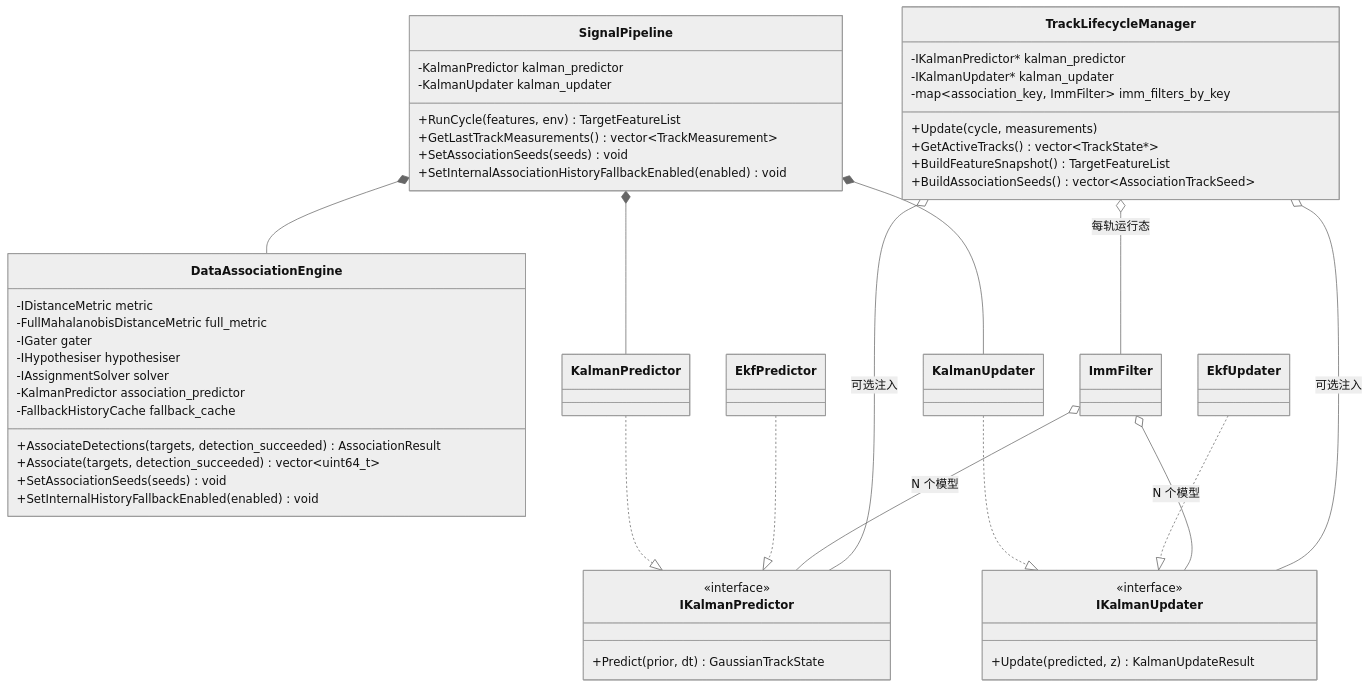
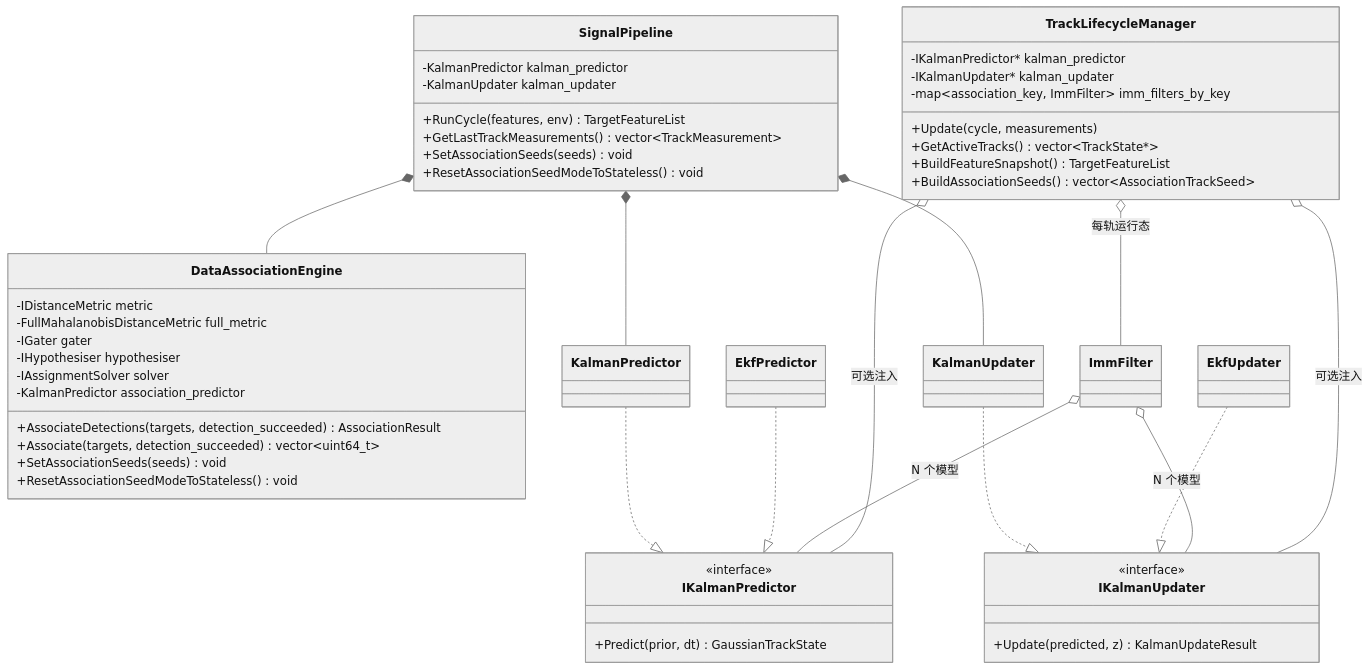
The sixth of 8 diagrams in doc/architecture/signal/signal-architecture.md (boilwater-3/1q), drawn with Mermaid (neutral theme) before and after one commit. The commit also changed other lines of this file and 14 other files, not shown here.

````diff
--- a/doc/architecture/signal/signal-architecture.md
+++ b/doc/architecture/signal/signal-architecture.md
@@ -348,59 +348,58 @@
 ```mermaid
 classDiagram
     class SignalPipeline {
         +RunCycle(features, env) TargetFeatureList
         +GetLastTrackMeasurements() vector~TrackMeasurement~
         +SetAssociationSeeds(seeds) void
-        +SetInternalAssociationHistoryFallbackEnabled(enabled) void
+        +ResetAssociationSeedModeToStateless() void
         -KalmanPredictor kalman_predictor
         -KalmanUpdater kalman_updater
     }
 
     class DataAssociationEngine {
         +AssociateDetections(targets, detection_succeeded) AssociationResult
         +Associate(targets, detection_succeeded) vector~uint64_t~
         +SetAssociationSeeds(seeds) void
-        +SetInternalHistoryFallbackEnabled(enabled) void
+        +ResetAssociationSeedModeToStateless() void
         -IDistanceMetric metric
         -FullMahalanobisDistanceMetric full_metric
         -IGater gater
         -IHypothesiser hypothesiser
         -IAssignmentSolver solver
         -KalmanPredictor association_predictor
-        -FallbackHistoryCache fallback_cache
     }
 
     class TrackLifecycleManager {
         +Update(cycle, measurements)
         +GetActiveTracks() vector~TrackState*~
         +BuildFeatureSnapshot() TargetFeatureList
         +BuildAssociationSeeds() vector~AssociationTrackSeed~
         -IKalmanPredictor* kalman_predictor
         -IKalmanUpdater* kalman_updater
         -map~association_key, ImmFilter~ imm_filters_by_key
     }
 
     class IKalmanPredictor {
         <<interface>>
         +Predict(prior, dt) GaussianTrackState
     }
 
     class IKalmanUpdater {
         <<interface>>
         +Update(predicted, z) KalmanUpdateResult
     }
 
     KalmanPredictor ..|> IKalmanPredictor
     EkfPredictor ..|> IKalmanPredictor
     KalmanUpdater ..|> IKalmanUpdater
     EkfUpdater ..|> IKalmanUpdater
 
     ImmFilter o-- IKalmanPredictor : N 个模型
     ImmFilter o-- IKalmanUpdater : N 个模型
     TrackLifecycleManager o-- ImmFilter : 每轨运行态
     TrackLifecycleManager o-- IKalmanPredictor : 可选注入
     TrackLifecycleManager o-- IKalmanUpdater : 可选注入
     SignalPipeline *-- DataAssociationEngine
     SignalPipeline *-- KalmanPredictor
     SignalPipeline *-- KalmanUpdater
 ```
````
